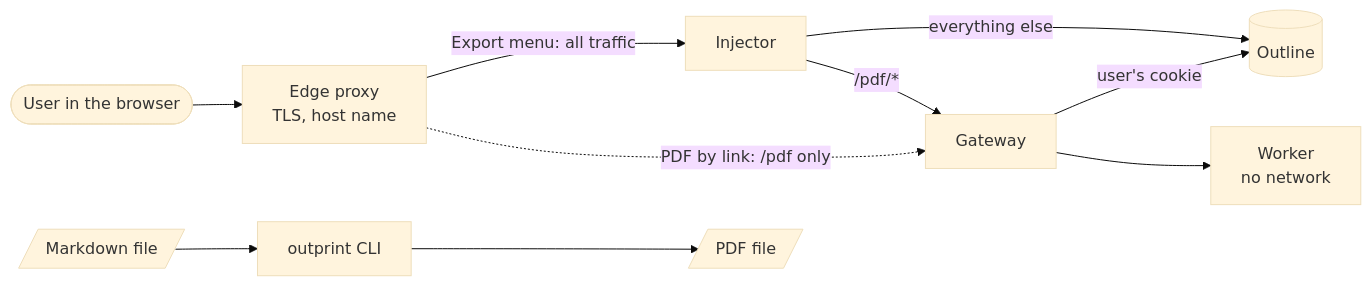
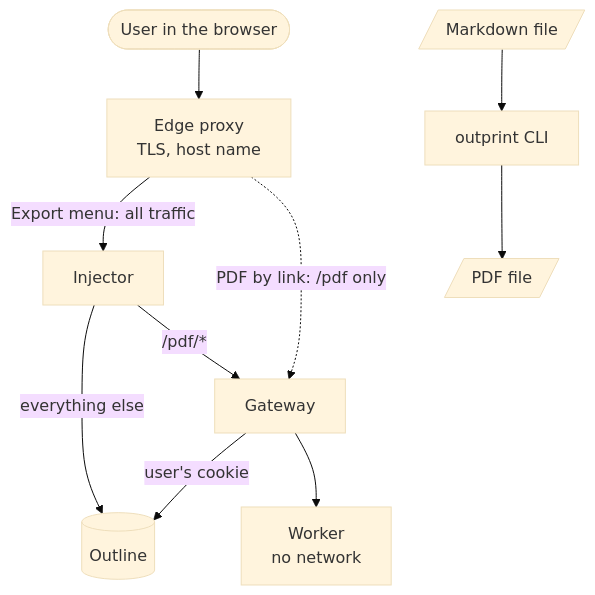
The diagram in docs/deploy/README.md (taskmedia/outprint), drawn with Mermaid (base theme) before and after one commit. The commit also changed other lines of this file and 34 other files, not shown here.

Commit message:
docs: group the deploy pages into folders and keep mermaid diagrams at reading size (#103)

````diff
--- a/docs/deploy/README.md
+++ b/docs/deploy/README.md
@@ -27,21 +27,21 @@
 ```mermaid
-flowchart LR
+flowchart TB
     user([User in the browser])
     edge[Edge proxy<br/>TLS, host name]
     inj[Injector]
     outline[(Outline)]
     gw[Gateway]
     wk[Worker<br/>no network]
     cli[outprint CLI]
     md[/Markdown file/]
     pdf[/PDF file/]
 
     user --> edge
     edge -->|Export menu: all traffic| inj
     edge -.->|PDF by link: /pdf only| gw
     inj -->|everything else| outline
     inj -->|/pdf/*| gw
     gw -->|user's cookie| outline
     gw --> wk
     md --> cli --> pdf
 ```
````
